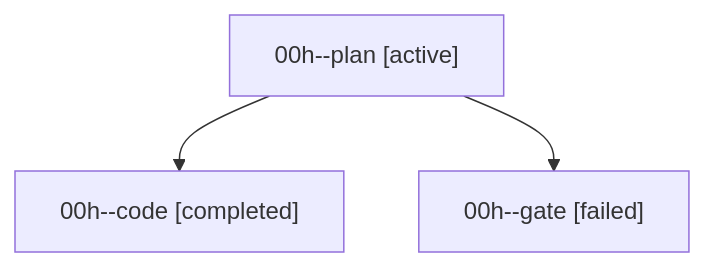
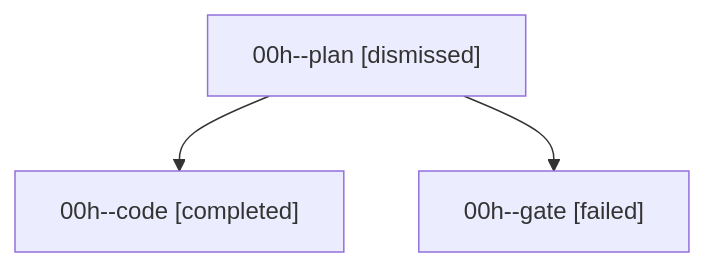
The diagram in sessions/bbugyi200.athena.00h.md (sase-org/sase--agents), drawn with Mermaid before and after one commit. The commit also changed other lines of this file and 7 other files, not shown here.

````diff
--- a/sessions/bbugyi200.athena.00h.md
+++ b/sessions/bbugyi200.athena.00h.md
@@ -9,8 +9,8 @@
 ```mermaid
 flowchart TD
-  n0["00h--plan [active]"]
+  n0["00h--plan [dismissed]"]
   n1["00h--code [completed]"]
   n0 --> n1
   n2["00h--gate [failed]"]
   n0 --> n2
 ```
````
